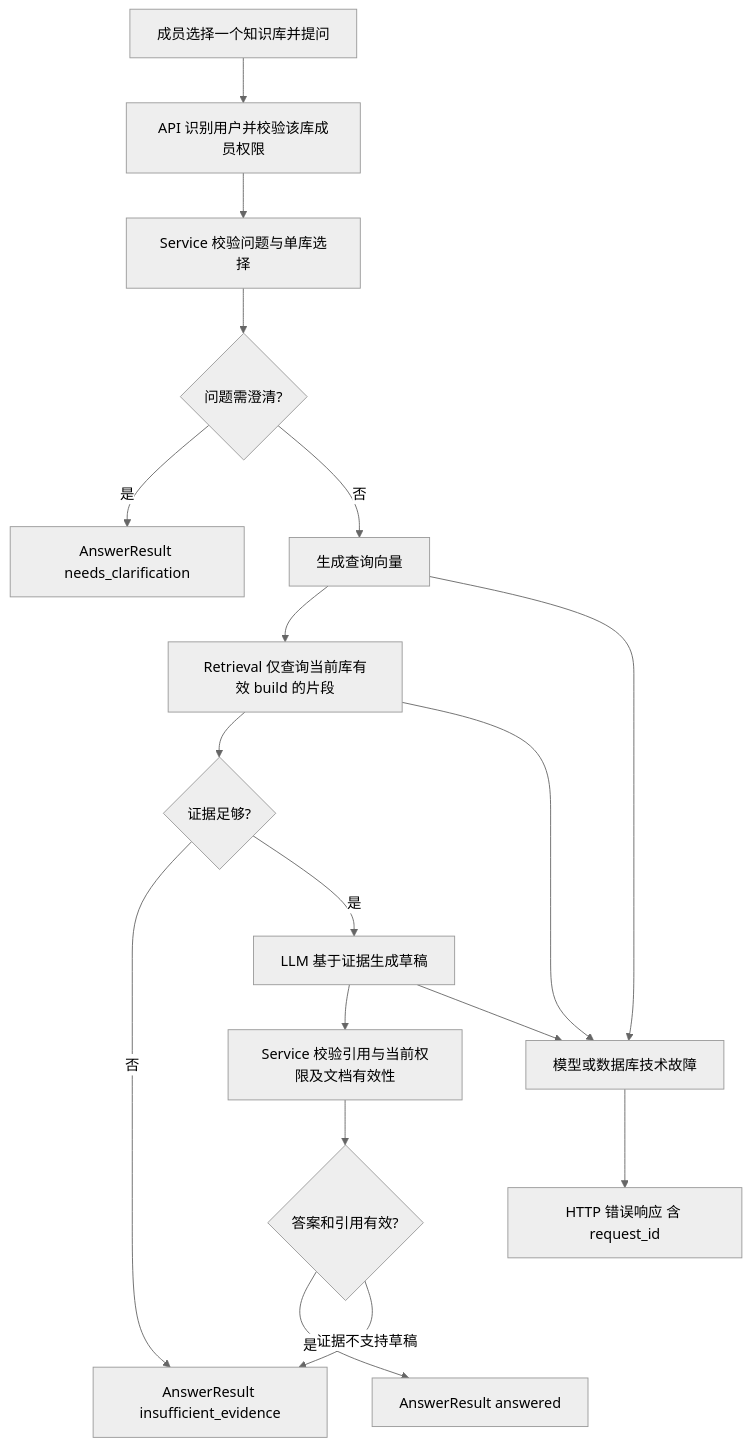
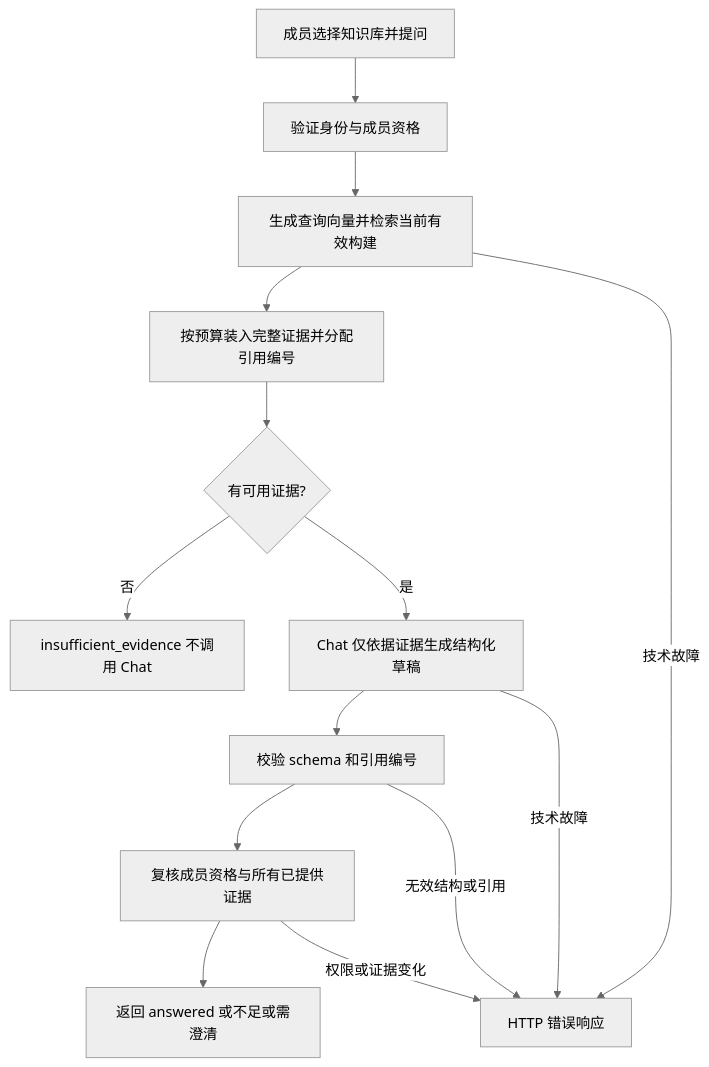
Before and after one commit to Grow70/ragdesk: the second of 2 diagrams in docs/architecture.md, drawn with Mermaid (neutral theme). The commit also changed other lines of this file and 10 other files, not shown here.

````diff
--- a/docs/architecture.md
+++ b/docs/architecture.md
@@ -43,20 +43,16 @@
 ```mermaid
 flowchart TD
-    A[成员选择一个知识库并提问] --> B[API 识别用户并校验该库成员权限]
-    B --> C[Service 校验问题与单库选择]
-    C --> D{问题需澄清?}
-    D -- 是 --> E[AnswerResult needs_clarification]
-    D -- 否 --> F[生成查询向量]
-    F --> G[Retrieval 仅查询当前库有效 build 的片段]
-    G --> H{证据足够?}
-    H -- 否 --> I[AnswerResult insufficient_evidence]
-    H -- 是 --> J[LLM 基于证据生成草稿]
-    J --> K[Service 校验引用与当前权限及文档有效性]
-    K --> L{答案和引用有效?}
-    L -- 是 --> M[AnswerResult answered]
-    L -- 证据不支持草稿 --> I
-    F --> T[模型或数据库技术故障]
-    G --> T
-    J --> T
-    T --> U[HTTP 错误响应 含 request_id]
+    A[成员选择知识库并提问] --> B[验证身份与成员资格]
+    B --> C[生成查询向量并检索当前有效构建]
+    C --> D[按预算装入完整证据并分配引用编号]
+    D --> E{有可用证据?}
+    E -- 否 --> F[insufficient_evidence 不调用 Chat]
+    E -- 是 --> G[Chat 仅依据证据生成结构化草稿]
+    G --> H[校验 schema 和引用编号]
+    H --> I[复核成员资格与所有已提供证据]
+    I --> J[返回 answered 或不足或需澄清]
+    C -- 技术故障 --> K[HTTP 错误响应]
+    G -- 技术故障 --> K
+    H -- 无效结构或引用 --> K
+    I -- 权限或证据变化 --> K
 ```
````
